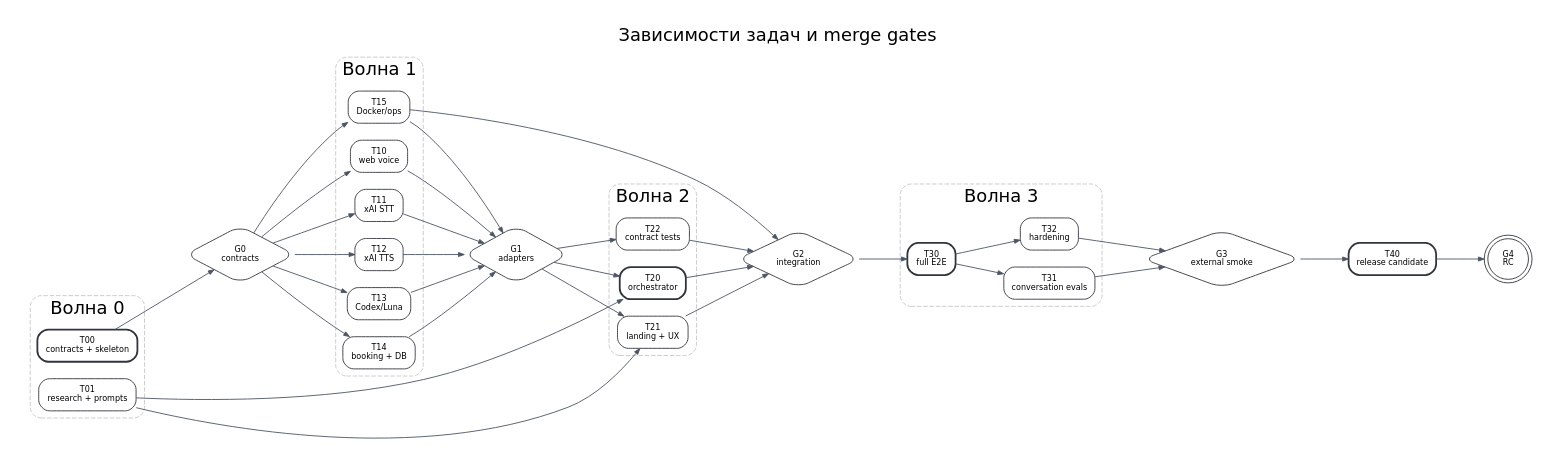
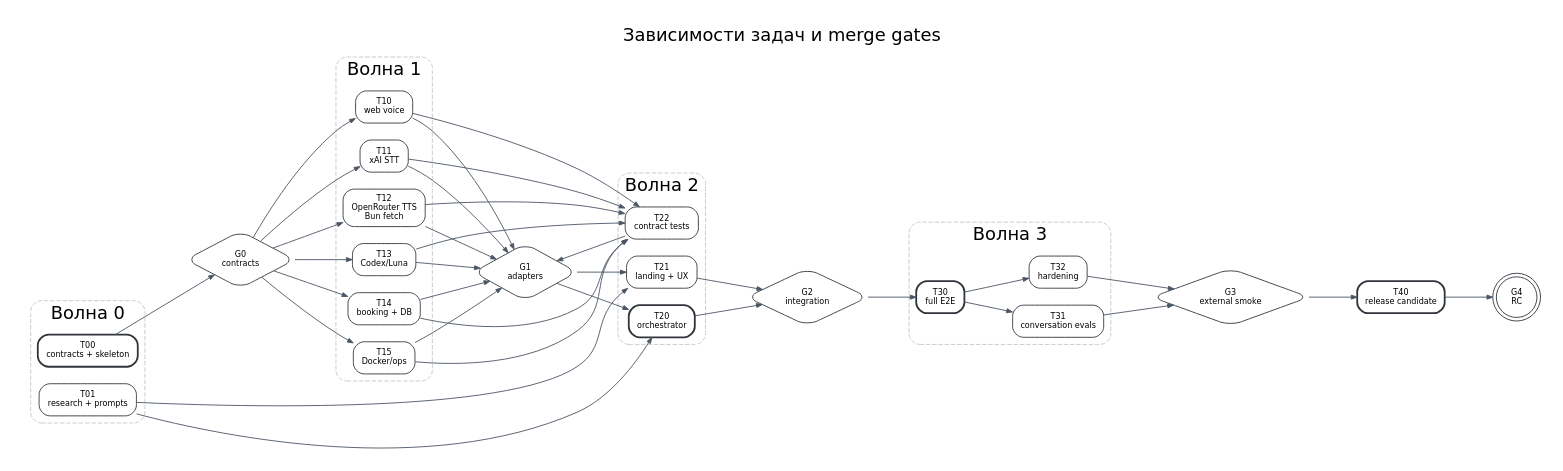
Before and after one commit to blockedby/botamin-voice: the diagram in diagrams/07-task-dependencies.dot, drawn with Graphviz. The commit also changed 45 other files, not shown here.

First line of the commit message:
docs: apply Correction 003 OpenRouter TTS migration (#3)

```diff
--- a/diagrams/07-task-dependencies.dot
+++ b/diagrams/07-task-dependencies.dot
@@ -1,49 +1,50 @@
 digraph G {
   graph [rankdir=LR, bgcolor="white", pad="0.25", nodesep="0.26", ranksep="0.75", fontname="DejaVu Sans", label="Зависимости задач и merge gates", labelloc=t, fontsize=20, compound=true];
   node [shape=box, style="rounded,filled", fillcolor="white", color="#30343b", fontname="DejaVu Sans", fontsize=9, margin="0.13,0.08"];
   edge [color="#4b5563", penwidth=1.0, arrowsize=0.65, fontname="DejaVu Sans", fontsize=7];
 
   subgraph cluster_w0 { label="Волна 0"; color="#c4c7cc"; style="rounded,dashed";
     t00 [label="T00\ncontracts + skeleton", penwidth=2.0];
     t01 [label="T01\nresearch + prompts"];
   }
   g0 [shape=diamond, label="G0\ncontracts"];
 
   subgraph cluster_w1 { label="Волна 1"; color="#c4c7cc"; style="rounded,dashed";
     t10 [label="T10\nweb voice"];
     t11 [label="T11\nxAI STT"];
-    t12 [label="T12\nxAI TTS"];
+    t12 [label="T12\nOpenRouter TTS\nBun fetch"];
     t13 [label="T13\nCodex/Luna"];
     t14 [label="T14\nbooking + DB"];
     t15 [label="T15\nDocker/ops"];
   }
   g1 [shape=diamond, label="G1\nadapters"];
 
   subgraph cluster_w2 { label="Волна 2"; color="#c4c7cc"; style="rounded,dashed";
     t20 [label="T20\norchestrator", penwidth=2.0];
     t21 [label="T21\nlanding + UX"];
     t22 [label="T22\ncontract tests"];
   }
   g2 [shape=diamond, label="G2\nintegration"];
 
   subgraph cluster_w3 { label="Волна 3"; color="#c4c7cc"; style="rounded,dashed";
     t30 [label="T30\nfull E2E", penwidth=2.0];
     t31 [label="T31\nconversation evals"];
     t32 [label="T32\nhardening"];
   }
   g3 [shape=diamond, label="G3\nexternal smoke"];
   t40 [label="T40\nrelease candidate", penwidth=2.0];
   g4 [shape=doublecircle, label="G4\nRC"];
 
   t00 -> g0;
   t01 -> t20;
   g0 -> {t10 t11 t12 t13 t14 t15};
-  {t10 t11 t12 t13 t14 t15} -> g1;
-  g1 -> {t20 t21 t22};
+  {t10 t11 t12 t13 t14 t15} -> t22;
+  {t10 t11 t12 t13 t14 t15 t22} -> g1;
+  g1 -> {t20 t21};
   t01 -> t21;
-  {t20 t21 t22 t15} -> g2;
+  {t20 t21} -> g2;
   g2 -> t30;
   t30 -> {t31 t32};
   {t31 t32} -> g3;
   g3 -> t40 -> g4;
 }
```
